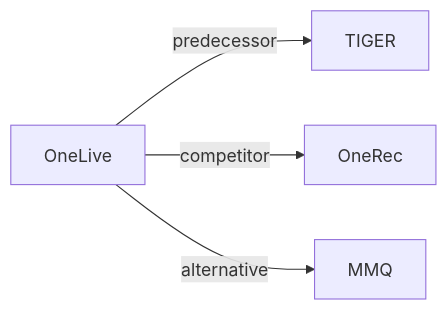
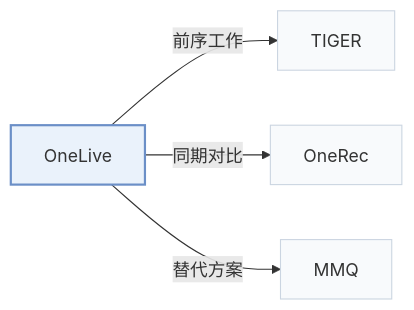
One commit to Galaxy-ghost/Awesome-SID-Generative-Rec changed the second of 2 diagrams in pages/zh/papers/onelive.md. Above: the diagram before and after it, drawn with Mermaid. The commit also changed other lines of this file and 649 other files, not shown here.

Commit message:
writer-05: also tags and modality index (schema, check, build, visuals); summary field removed; calibration data for 12 papers

````diff
--- a/pages/zh/papers/onelive.md
+++ b/pages/zh/papers/onelive.md
@@ -69,7 +74,11 @@
 ```mermaid
 flowchart LR
     P["OneLive"]
-    P -->|predecessor| A["TIGER"]
-    P -->|competitor| B["OneRec"]
-    P -->|alternative| C["MMQ"]
+    P -->|"前序工作"| A["TIGER"]
+    P -->|"同期对比"| B["OneRec"]
+    P -->|"替代方案"| C["MMQ"]
+    classDef main fill:#eaf2fb,stroke:#6b8fc7,stroke-width:2px
+    classDef peer fill:#f8fafc,stroke:#cbd5e1
+    class P main
+    class A,B,C peer
 ```
````
